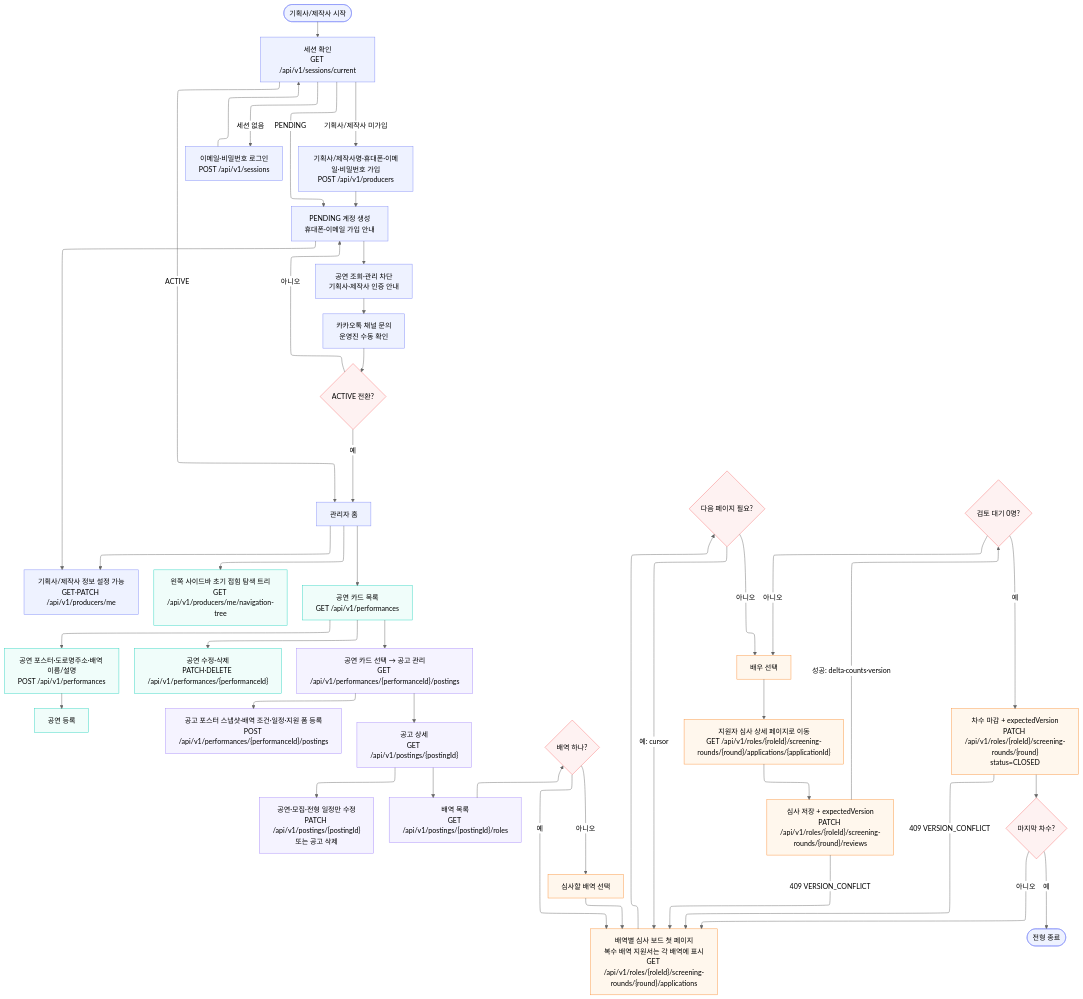
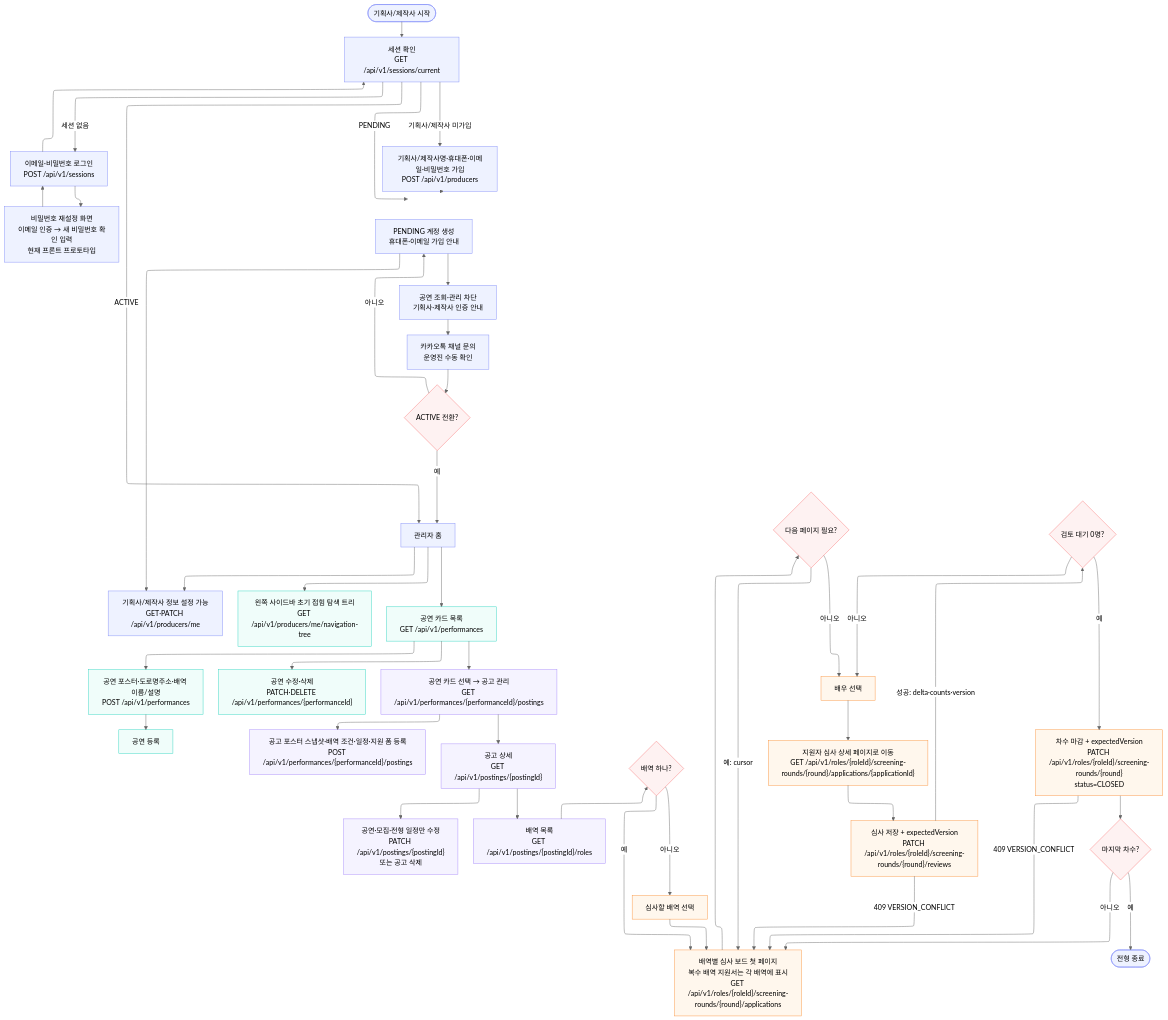
Before and after one commit to woowacourse-teams/2026-yesulin: the diagram in docs/flowchart/producer.mmd, drawn with Mermaid (neutral theme). The commit also changed 4 other files, not shown here.

Commit message:
feat(frontend): 기획사/제작사 비밀번호 재설정 흐름 추가

```diff
--- a/docs/flowchart/producer.mmd
+++ b/docs/flowchart/producer.mmd
@@ -1,51 +1,53 @@
 ---
 config:
   layout: elk
 ---
 flowchart TB
     START(["기획사/제작사 시작"]) --> SESSION["세션 확인<br>GET /api/v1/sessions/current"]
     SESSION -- 세션 없음 --> LOGIN["이메일·비밀번호 로그인<br>POST /api/v1/sessions"]
+    LOGIN --> PASSWORD_RESET["비밀번호 재설정 화면<br>이메일 인증 → 새 비밀번호 확인 입력<br>현재 프론트 프로토타입"]
+    PASSWORD_RESET --> LOGIN
     LOGIN --> SESSION
     SESSION -- 기획사/제작사 미가입 --> SIGNUP["기획사/제작사명·휴대폰·이메일·비밀번호 가입<br>POST /api/v1/producers"]
     SIGNUP --> PENDING["PENDING 계정 생성<br>휴대폰·이메일 가입 안내"]
     SESSION -- PENDING --> PENDING
     PENDING --> PROFILE["기획사/제작사 정보 설정 가능<br>GET·PATCH /api/v1/producers/me"]
     PENDING --> BLOCKED["공연 조회·관리 차단<br>기획사·제작사 인증 안내"]
     BLOCKED --> CONTACT["카카오톡 채널 문의<br>운영진 수동 확인"]
     CONTACT --> ACTIVE{"ACTIVE 전환?"}
     ACTIVE -- 아니오 --> PENDING
     ACTIVE -- 예 --> HOME["관리자 홈"]
     SESSION -- ACTIVE --> HOME
     HOME --> NAV["왼쪽 사이드바 초기 접힘 탐색 트리<br>GET /api/v1/producers/me/navigation-tree"] & PROFILE & PERF["공연 카드 목록<br>GET /api/v1/performances"]
     PERF --> NEW_PERF["공연 포스터·도로명주소·배역 이름/설명<br>POST /api/v1/performances"] & EDIT_PERF["공연 수정·삭제<br>PATCH·DELETE /api/v1/performances/{performanceId}"] & POSTINGS["공연 카드 선택 → 공고 관리<br>GET /api/v1/performances/{performanceId}/postings"]
     NEW_PERF --> CREATE_PERF["공연 등록"]
     POSTINGS --> CREATE_POSTING["공고 포스터 스냅샷·배역 조건·일정·지원 폼 등록<br>POST /api/v1/performances/{performanceId}/postings"] & POSTING_DETAIL["공고 상세<br>GET /api/v1/postings/{postingId}"]
     POSTING_DETAIL --> EDIT_POSTING["공연·모집·전형 일정만 수정<br>PATCH /api/v1/postings/{postingId}<br>또는 공고 삭제"] & ROLES["배역 목록<br>GET /api/v1/postings/{postingId}/roles"]
     ROLES --> SOLE{"배역 하나?"}
     SOLE -- 예 --> BOARD["배역별 심사 보드 첫 페이지<br>복수 배역 지원서는 각 배역에 표시<br>GET /api/v1/roles/{roleId}/screening-rounds/{round}/applications"]
     SOLE -- 아니오 --> CHOOSE_ROLE["심사할 배역 선택"]
     CHOOSE_ROLE --> BOARD
     BOARD --> MORE{"다음 페이지 필요?"}
     MORE -- 예: cursor --> BOARD
     MORE -- 아니오 --> SELECT["배우 선택"]
     SELECT --> APP_DETAIL["지원자 심사 상세 페이지로 이동<br>GET /api/v1/roles/{roleId}/screening-rounds/{round}/applications/{applicationId}"]
     APP_DETAIL --> REVIEW["심사 저장 + expectedVersion<br>PATCH /api/v1/roles/{roleId}/screening-rounds/{round}/reviews"]
     REVIEW -- 409 VERSION_CONFLICT --> BOARD
     REVIEW -- 성공: delta·counts·version --> DONE{"검토 대기 0명?"}
     DONE -- 아니오 --> SELECT
     DONE -- 예 --> CLOSE["차수 마감 + expectedVersion<br>PATCH /api/v1/roles/{roleId}/screening-rounds/{round}<br>status=CLOSED"]
     CLOSE -- 409 VERSION_CONFLICT --> BOARD
     CLOSE --> LAST{"마지막 차수?"}
     LAST -- 아니오 --> BOARD
     LAST -- 예 --> FINISH(["전형 종료"])
 
     classDef authNode stroke:#818cf8,fill:#eef2ff
     classDef perfNode stroke:#2dd4bf,fill:#f0fdfa
     classDef postingNode stroke:#a78bfa,fill:#f5f3ff
     classDef screeningNode stroke:#fb923c,fill:#fff7ed
     classDef decisionNode stroke:#f87171,fill:#fef2f2
-    class START,SESSION,LOGIN,SIGNUP,PENDING,PROFILE,BLOCKED,CONTACT,HOME,FINISH authNode
+    class START,SESSION,LOGIN,PASSWORD_RESET,SIGNUP,PENDING,PROFILE,BLOCKED,CONTACT,HOME,FINISH authNode
     class ACTIVE,SOLE,MORE,DONE,LAST decisionNode
     class NAV,PERF,NEW_PERF,EDIT_PERF,CREATE_PERF perfNode
     class POSTINGS,CREATE_POSTING,POSTING_DETAIL,EDIT_POSTING,ROLES postingNode
     class BOARD,CHOOSE_ROLE,SELECT,APP_DETAIL,REVIEW,CLOSE screeningNode
```
